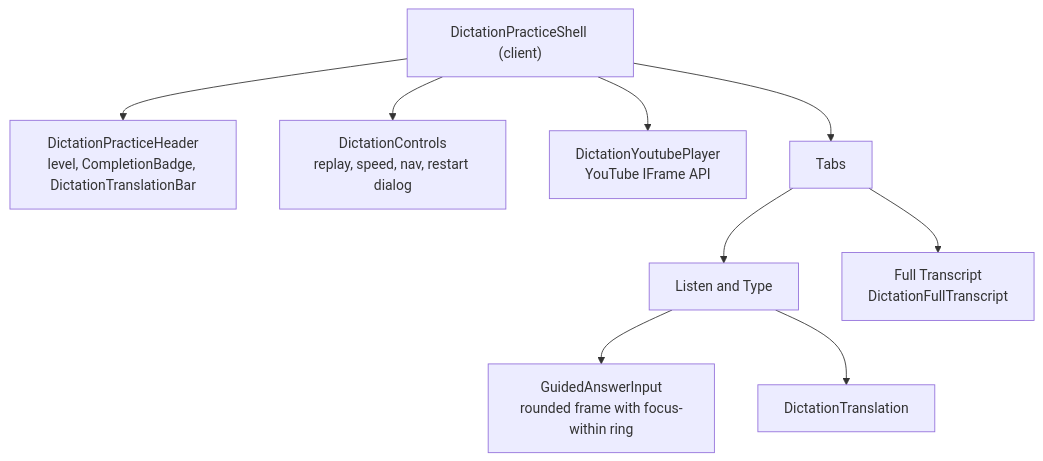
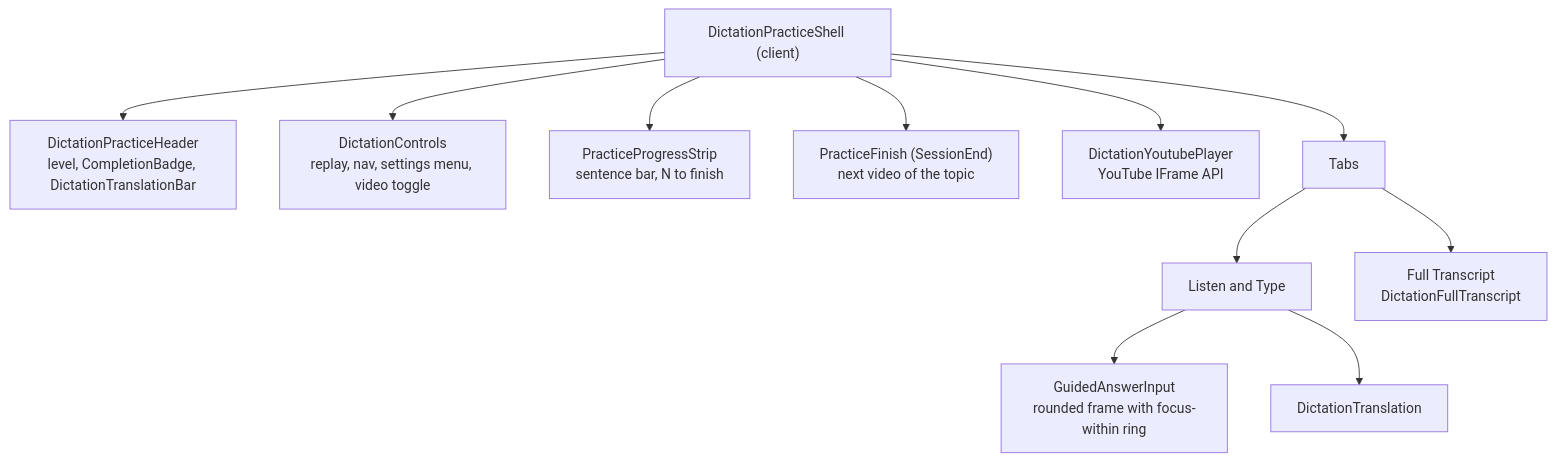
The second of 3 diagrams in docs/06-frontend.md (NaKMiers/English_For_Only_Me), drawn with Mermaid before and after one commit. The commit also changed other lines of this file, not shown here.

First line of the commit message:
docs(frontend): sync 06-frontend with the calm-progress UI

````diff
--- a/docs/06-frontend.md
+++ b/docs/06-frontend.md
@@ -321,12 +350,14 @@
 ```mermaid
 graph TD
   Shell["DictationPracticeShell (client)"]
   Shell --> Header["DictationPracticeHeader<br/>level, CompletionBadge, DictationTranslationBar"]
-  Shell --> Controls["DictationControls<br/>replay, speed, nav, restart dialog"]
+  Shell --> Controls["DictationControls<br/>replay, nav, settings menu, video toggle"]
+  Shell --> Strip["PracticeProgressStrip<br/>sentence bar, N to finish"]
+  Shell --> Finish["PracticeFinish (SessionEnd)<br/>next video of the topic"]
   Shell --> Player["DictationYoutubePlayer<br/>YouTube IFrame API"]
   Shell --> Tabs["Tabs"]
   Tabs --> Type["Listen and Type"]
   Type --> Guided["GuidedAnswerInput<br/>rounded frame with focus-within ring"]
   Type --> Trans["DictationTranslation"]
   Tabs --> Full["Full Transcript<br/>DictationFullTranscript"]
 ```
````
